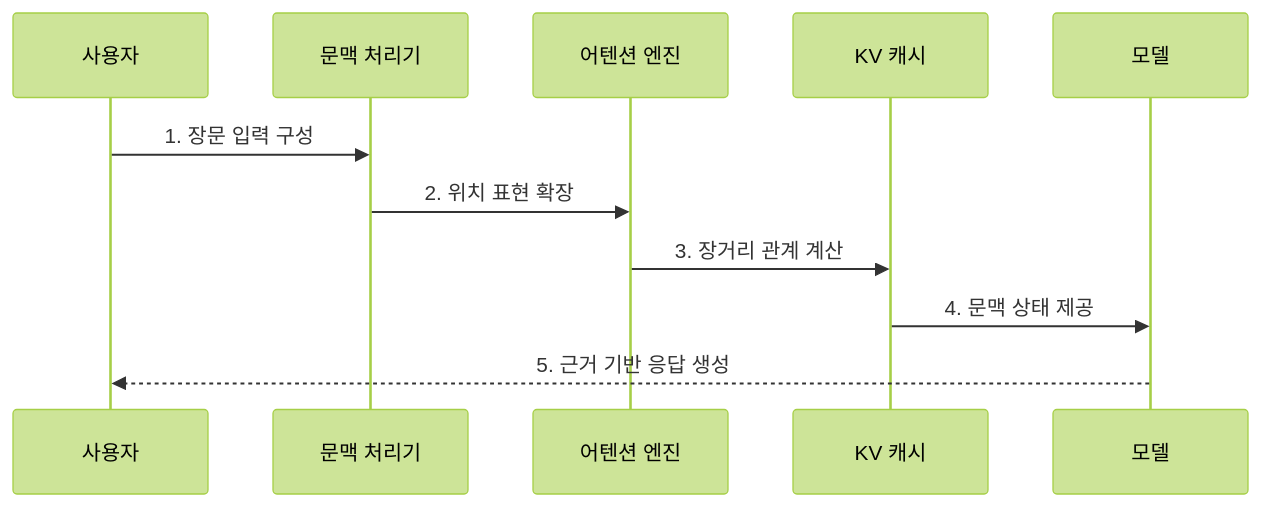
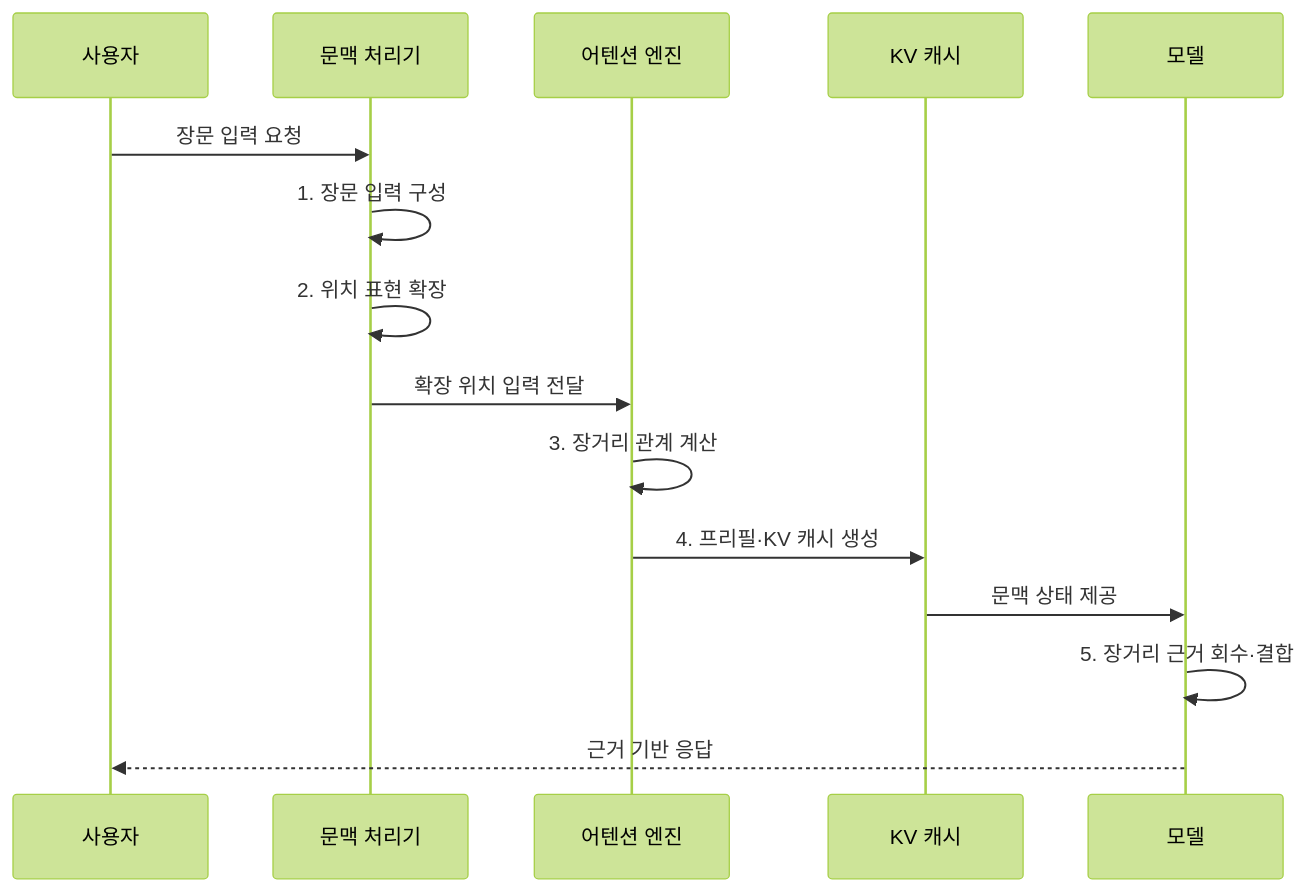
Before and after one commit to agnusdei1207/knowledge-base: the second of 2 diagrams in src/content/docs/notes/08-latest-tech/034_long_context_llm.md, drawn with Mermaid (forest theme). The commit also changed other lines of this file and 225 other files, not shown here.

````diff
--- a/src/content/docs/notes/08-latest-tech/034_long_context_llm.md
+++ b/src/content/docs/notes/08-latest-tech/034_long_context_llm.md
@@ -90,13 +90,17 @@
 ```mermaid
 sequenceDiagram
     participant U as 사용자
     participant P as 문맥 처리기
     participant A as 어텐션 엔진
     participant K as KV 캐시
     participant M as 모델
-    U->>P: 1. 장문 입력 구성
-    P->>A: 2. 위치 표현 확장
-    A->>K: 3. 장거리 관계 계산
-    K->>M: 4. 문맥 상태 제공
-    M-->>U: 5. 근거 기반 응답 생성
+    U->>P: 장문 입력 요청
+    P->>P: 1. 장문 입력 구성
+    P->>P: 2. 위치 표현 확장
+    P->>A: 확장 위치 입력 전달
+    A->>A: 3. 장거리 관계 계산
+    A->>K: 4. 프리필·KV 캐시 생성
+    K->>M: 문맥 상태 제공
+    M->>M: 5. 장거리 근거 회수·결합
+    M-->>U: 근거 기반 응답
 ```
````
